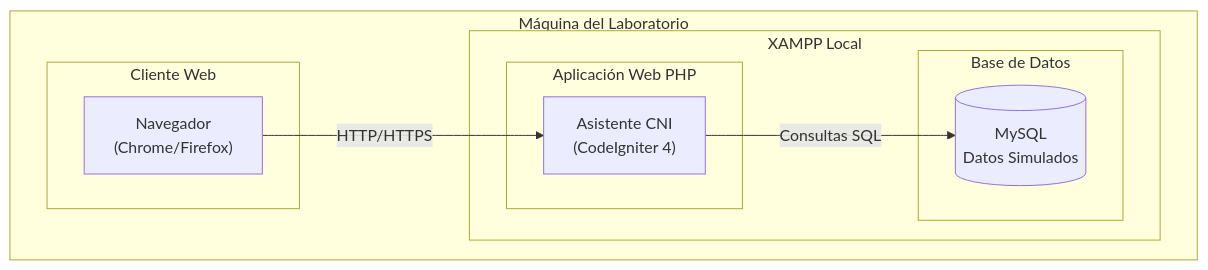
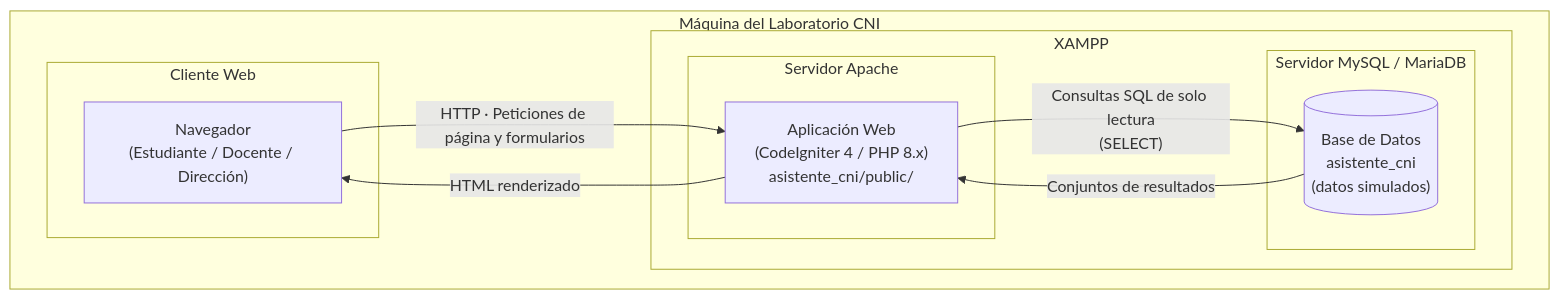
The first of 4 diagrams in .kiro/specs/asistente-retroalimentacion-simulacros/design.md (JIMMY1012102/proyecto-asistente_educativo), drawn with Mermaid before and after one commit. The commit also changed other lines of this file and 18 other files, not shown here.

````diff
--- a/.kiro/specs/asistente-retroalimentacion-simulacros/design.md
+++ b/.kiro/specs/asistente-retroalimentacion-simulacros/design.md
@@ -18,19 +14,27 @@
 ```mermaid
 flowchart TB
-    subgraph "Máquina del Laboratorio"
-        subgraph "XAMPP Local"
-            subgraph "Aplicación Web PHP"
-                WebApp["Asistente CNI<br/>(CodeIgniter 4)"]
+    subgraph MaquinaLaboratorio["Máquina del Laboratorio CNI"]
+
+        subgraph XAMPP["XAMPP"]
+
+            subgraph ServidorApache["Servidor Apache"]
+                AplicacionWeb["Aplicación Web\n(CodeIgniter 4 / PHP 8.x)\nasistente_cni/public/"]
             end
-            subgraph "Base de Datos"
-                MySQL[(MySQL<br/>Datos Simulados)]
+
+            subgraph ServidorBD["Servidor MySQL / MariaDB"]
+                BaseDatos[("Base de Datos\nasistente_cni\n(datos simulados)")]
             end
+
         end
-        subgraph "Cliente Web"
-            Browser["Navegador<br/>(Chrome/Firefox)"]
+
+        subgraph ClienteWeb["Cliente Web"]
+            Navegador["Navegador\n(Estudiante / Docente / Dirección)"]
         end
+
     end
-    
-    Browser -->|HTTP/HTTPS| WebApp
-    WebApp -->|Consultas SQL| MySQL
+
+    Navegador -- "HTTP · Peticiones de página y formularios" --> AplicacionWeb
+    AplicacionWeb -- "Consultas SQL de solo lectura\n(SELECT)" --> BaseDatos
+    BaseDatos -- "Conjuntos de resultados" --> AplicacionWeb
+    AplicacionWeb -- "HTML renderizado" --> Navegador
 ```
````
